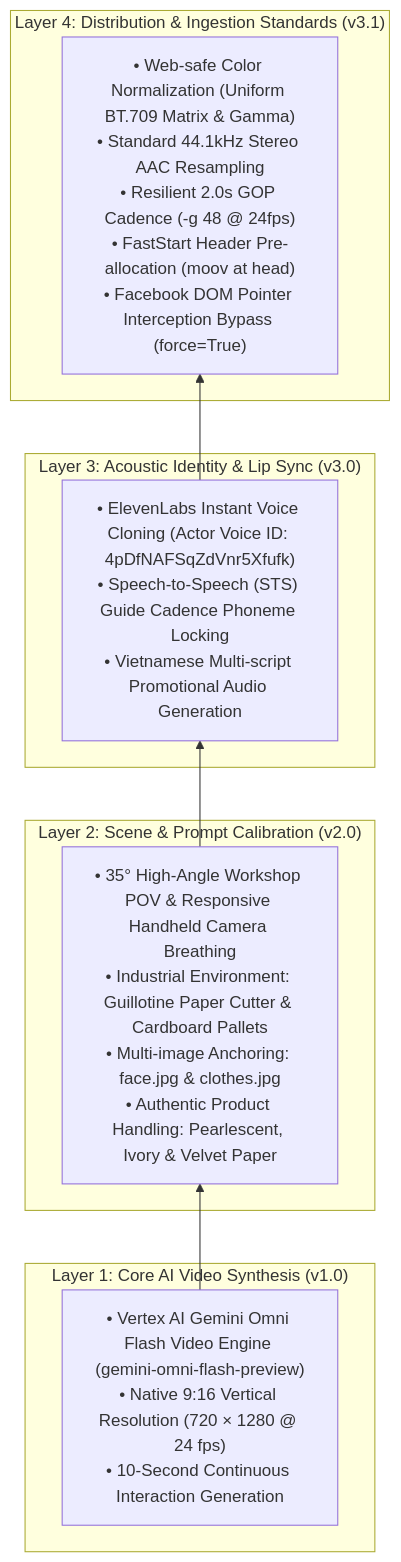
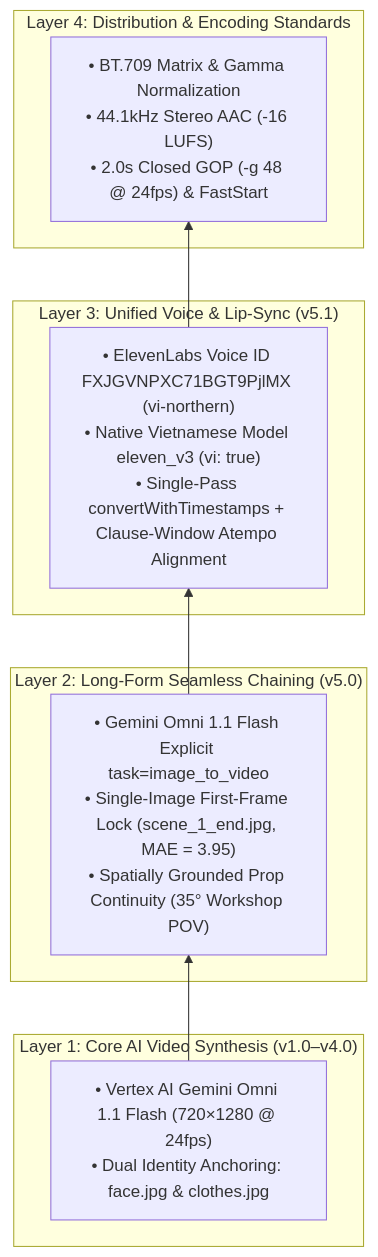
Before and after one commit to nghuyenthevinh2000/social-content: the diagram in projects/ugc-video/plans/README.md, drawn with Mermaid. The commit also changed other lines of this file and 31 other files, not shown here.

Commit message:
feat(ugc-video): add Omni 1.1 Flash I2V 20s chaining and unified eleven_v3 voice pipeline

````diff
--- a/projects/ugc-video/plans/README.md
+++ b/projects/ugc-video/plans/README.md
@@ -10,19 +3,19 @@
 ```mermaid
 graph BT
-    subgraph Layer4 ["Layer 4: Distribution & Ingestion Standards (v3.1)"]
-        L4["• Web-safe Color Normalization (Uniform BT.709 Matrix & Gamma)<br/>• Standard 44.1kHz Stereo AAC Resampling<br/>• Resilient 2.0s GOP Cadence (-g 48 @ 24fps)<br/>• FastStart Header Pre-allocation (moov at head)<br/>• Facebook DOM Pointer Interception Bypass (force=True)"]
+    subgraph Layer4 ["Layer 4: Distribution & Encoding Standards"]
+        L4["• BT.709 Matrix & Gamma Normalization<br/>• 44.1kHz Stereo AAC (-16 LUFS)<br/>• 2.0s Closed GOP (-g 48 @ 24fps) & FastStart"]
     end
-    subgraph Layer3 ["Layer 3: Acoustic Identity & Lip Sync (v3.0)"]
-        L3["• ElevenLabs Instant Voice Cloning (Actor Voice ID: 4pDfNAFSqZdVnr5Xfufk)<br/>• Speech-to-Speech (STS) Guide Cadence Phoneme Locking<br/>• Vietnamese Multi-script Promotional Audio Generation"]
+    subgraph Layer3 ["Layer 3: Unified Voice & Lip-Sync (v5.1)"]
+        L3["• ElevenLabs Voice ID FXJGVNPXC71BGT9PjlMX (vi-northern)<br/>• Native Vietnamese Model eleven_v3 (vi: true)<br/>• Single-Pass convertWithTimestamps + Clause-Window Atempo Alignment"]
     end
-    subgraph Layer2 ["Layer 2: Scene & Prompt Calibration (v2.0)"]
-        L2["• 35° High-Angle Workshop POV & Responsive Handheld Camera Breathing<br/>• Industrial Environment: Guillotine Paper Cutter & Cardboard Pallets<br/>• Multi-image Anchoring: face.jpg & clothes.jpg<br/>• Authentic Product Handling: Pearlescent, Ivory & Velvet Paper"]
+    subgraph Layer2 ["Layer 2: Long-Form Seamless Chaining (v5.0)"]
+        L2["• Gemini Omni 1.1 Flash Explicit task=image_to_video<br/>• Single-Image First-Frame Lock (scene_1_end.jpg, MAE = 3.95)<br/>• Spatially Grounded Prop Continuity (35° Workshop POV)"]
     end
-    subgraph Layer1 ["Layer 1: Core AI Video Synthesis (v1.0)"]
-        L1["• Vertex AI Gemini Omni Flash Video Engine (gemini-omni-flash-preview)<br/>• Native 9:16 Vertical Resolution (720 × 1280 @ 24 fps)<br/>• 10-Second Continuous Interaction Generation"]
+    subgraph Layer1 ["Layer 1: Core AI Video Synthesis (v1.0–v4.0)"]
+        L1["• Vertex AI Gemini Omni 1.1 Flash (720×1280 @ 24fps)<br/>• Dual Identity Anchoring: face.jpg & clothes.jpg"]
     end
 
     L1 --> L2
     L2 --> L3
     L3 --> L4
 ```
````
